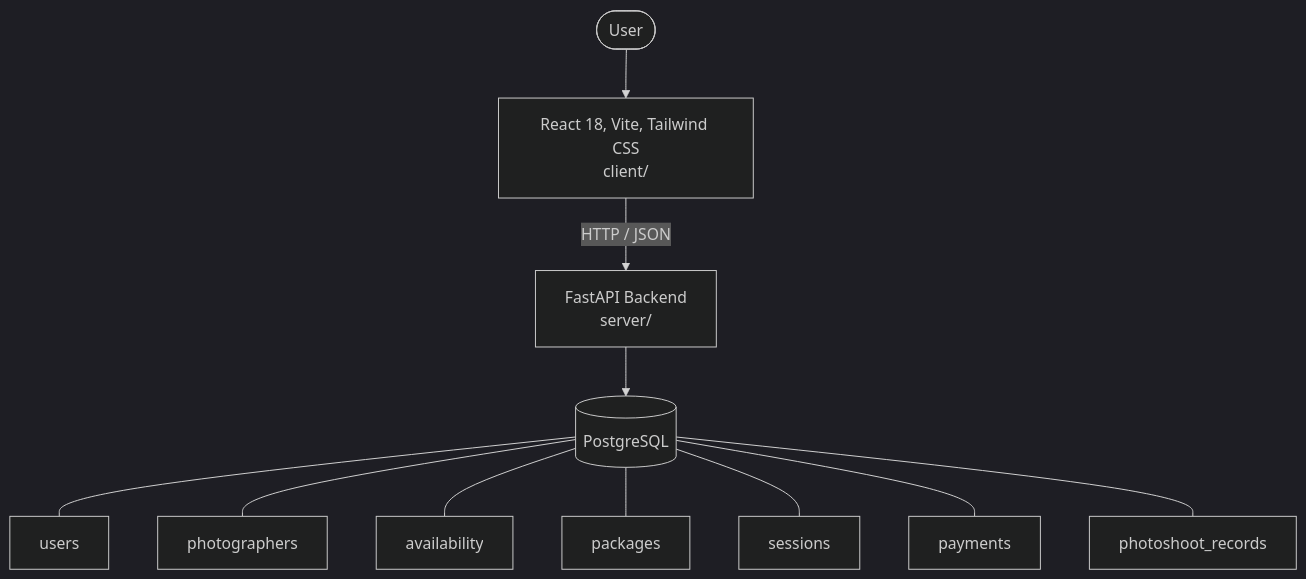
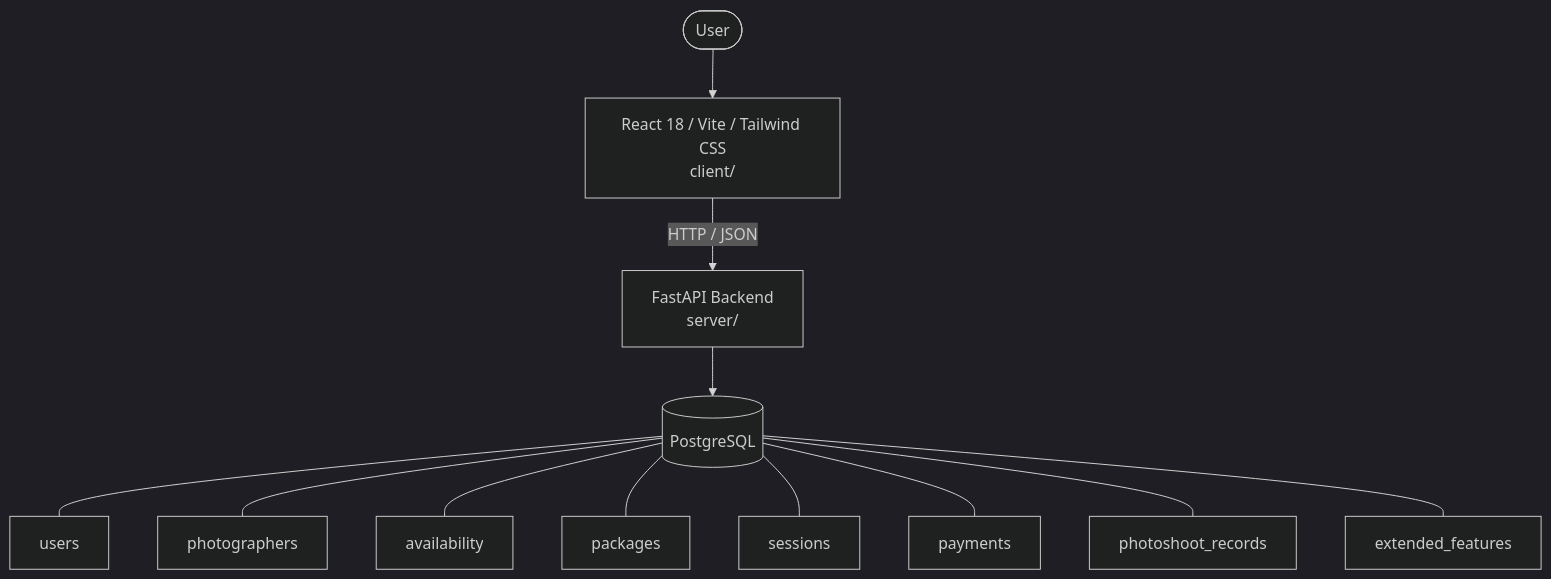
One commit to p67428378-afk/test2 changed the diagram in architecture.md. Above: the diagram before and after it, drawn with Mermaid (dark theme). The commit also changed other lines of this file and 31 other files, not shown here.

````diff
--- a/architecture.md
+++ b/architecture.md
@@ -6,17 +6,18 @@
 ```mermaid
 graph TD
   User([User])
-  UI["React 18, Vite, Tailwind CSS<br/>client/"]
+  UI["React 18 / Vite / Tailwind CSS<br/>client/"]
   API["FastAPI Backend<br/>server/"]
   DB[("PostgreSQL")]
   User --> UI
   UI -->|HTTP / JSON| API
   API --> DB
   DB --- tbl_users["users"]
   DB --- tbl_photographers["photographers"]
   DB --- tbl_availability["availability"]
   DB --- tbl_packages["packages"]
   DB --- tbl_sessions["sessions"]
   DB --- tbl_payments["payments"]
   DB --- tbl_photoshoot_records["photoshoot_records"]
+  DB --- tbl_extended_features["extended_features"]
 ```
````
